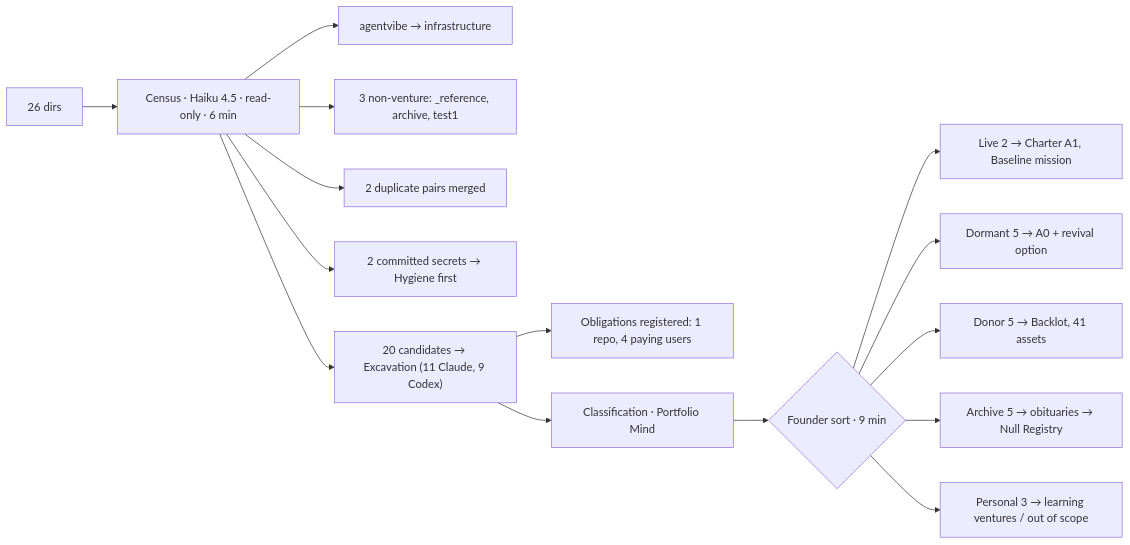
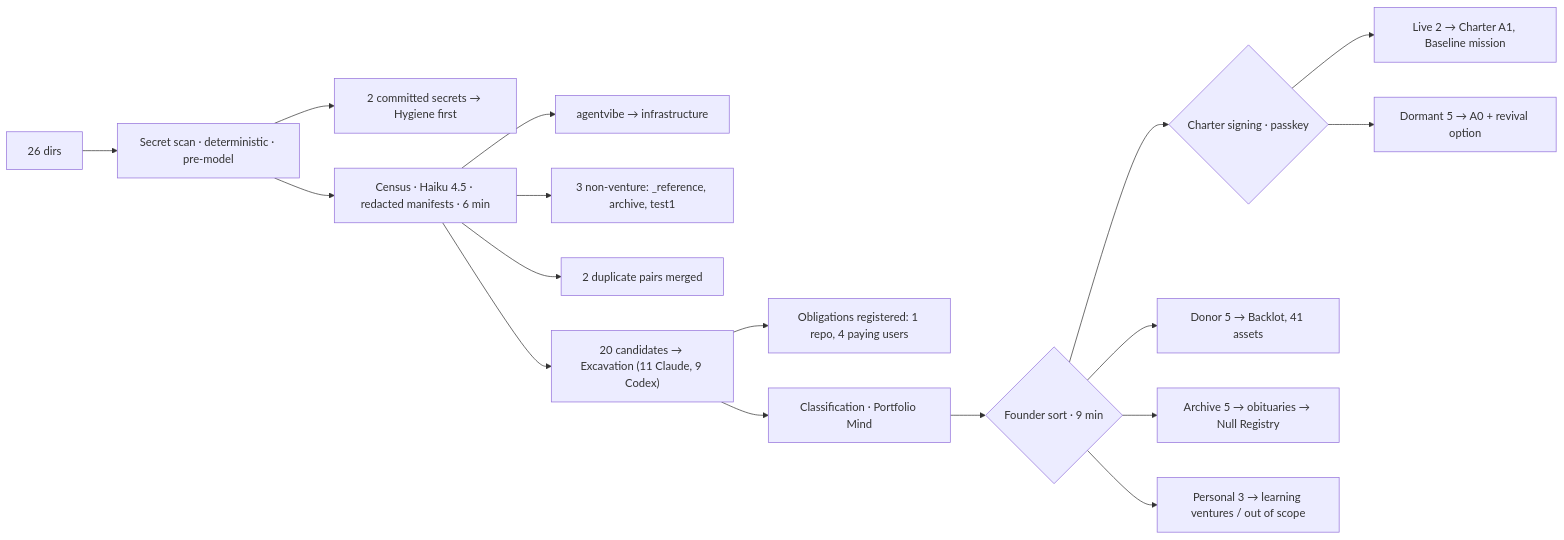
One commit to Adam077K/agentvibe changed the ninth of 10 diagrams in docs/vision-v3/13-WORKED-SCENARIOS.md. Above: the diagram before and after it, drawn with Mermaid. The commit also changed other lines of this file and 33 other files, not shown here.

````diff
--- a/docs/vision-v3/13-WORKED-SCENARIOS.md
+++ b/docs/vision-v3/13-WORKED-SCENARIOS.md
@@ -1267,17 +1353,19 @@
 ```mermaid
 flowchart LR
-  A["26 dirs"] --> B["Census · Haiku 4.5 · read-only · 6 min"]
+  A["26 dirs"] --> SS["Secret scan · deterministic · pre-model"]
+  SS --> SE["2 committed secrets → Hygiene first"]
+  SS --> B["Census · Haiku 4.5 · redacted manifests · 6 min"]
   B --> I["agentvibe → infrastructure"]
   B --> N["3 non-venture: _reference, archive, test1"]
   B --> DU["2 duplicate pairs merged"]
-  B --> SE["2 committed secrets → Hygiene first"]
   B --> E["20 candidates → Excavation (11 Claude, 9 Codex)"]
   E --> OB["Obligations registered: 1 repo, 4 paying users"]
   E --> K["Classification · Portfolio Mind"]
   K --> S{"Founder sort · 9 min"}
-  S --> L["Live 2 → Charter A1, Baseline mission"]
-  S --> D["Dormant 5 → A0 + revival option"]
+  S --> SG{"Charter signing · passkey"}
+  SG --> L["Live 2 → Charter A1, Baseline mission"]
+  SG --> D["Dormant 5 → A0 + revival option"]
   S --> DO["Donor 5 → Backlot, 41 assets"]
   S --> AR["Archive 5 → obituaries → Null Registry"]
   S --> P["Personal 3 → learning ventures / out of scope"]
 ```
````
